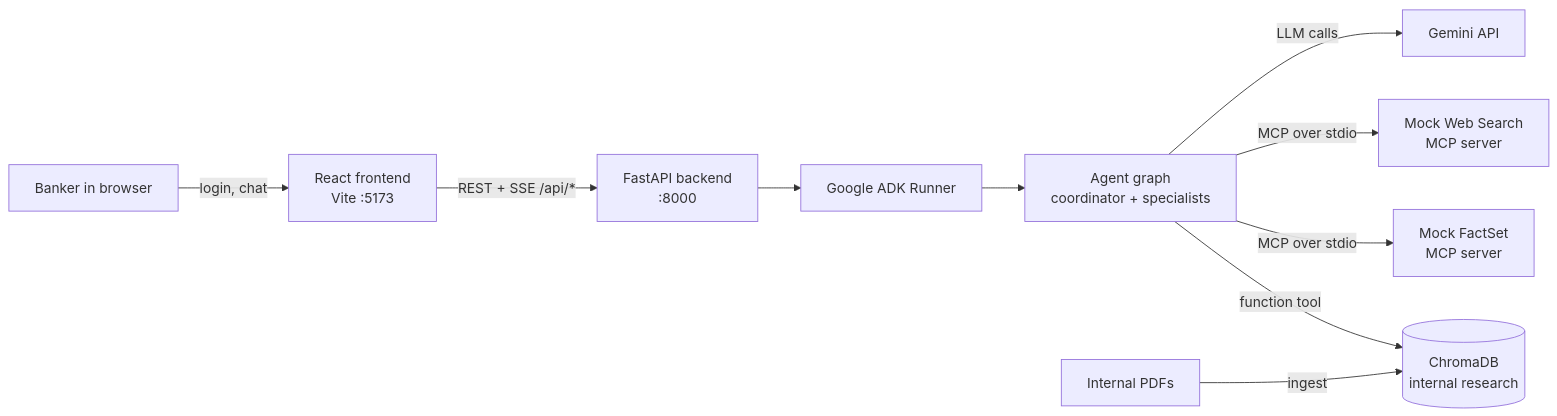
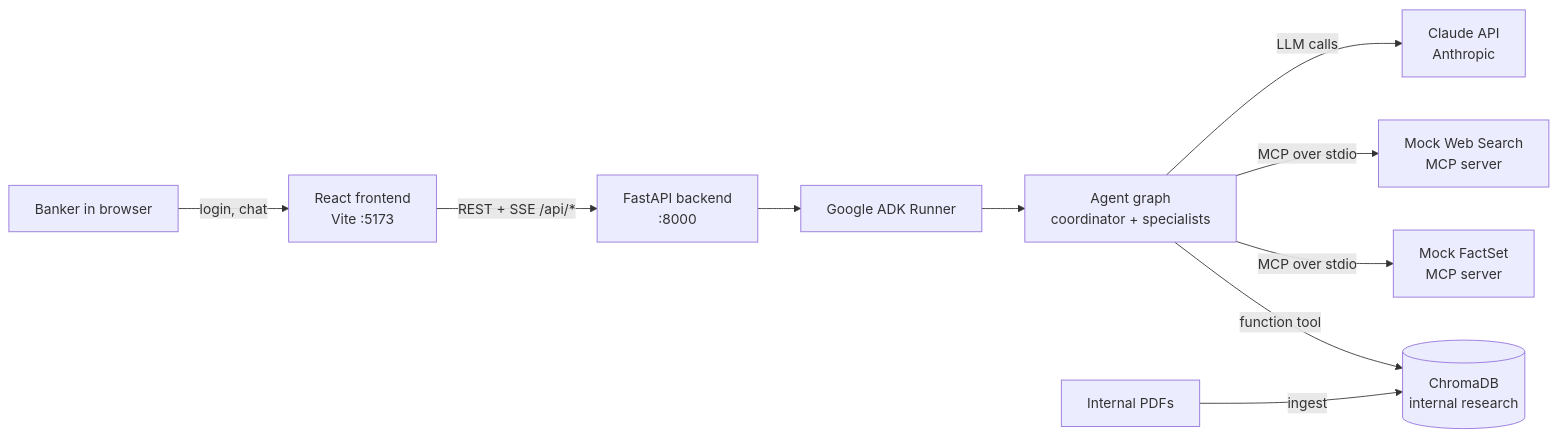
Before and after one commit to sumitrao1982/client-brief-agent: the first of 7 diagrams in docs/DESIGN.md, drawn with Mermaid. The commit also changed other lines of this file and 7 other files, not shown here.

First line of the commit message:
Switch the agents' LLM from Gemini to Claude

````diff
--- a/docs/DESIGN.md
+++ b/docs/DESIGN.md
@@ -26,12 +26,12 @@
 ```mermaid
 flowchart LR
     U[Banker in browser] -->|login, chat| FE[React frontend<br/>Vite :5173]
     FE -->|REST + SSE /api/*| BE[FastAPI backend<br/>:8000]
     BE --> R[Google ADK Runner]
     R --> AG[Agent graph<br/>coordinator + specialists]
     AG -->|function tool| RAG[(ChromaDB<br/>internal research)]
     AG -->|MCP over stdio| FS[Mock FactSet<br/>MCP server]
     AG -->|MCP over stdio| WS[Mock Web Search<br/>MCP server]
-    AG -->|LLM calls| GM[Gemini API]
+    AG -->|LLM calls| GM[Claude API<br/>Anthropic]
     PDF[Internal PDFs] -->|ingest| RAG
 ```
````
